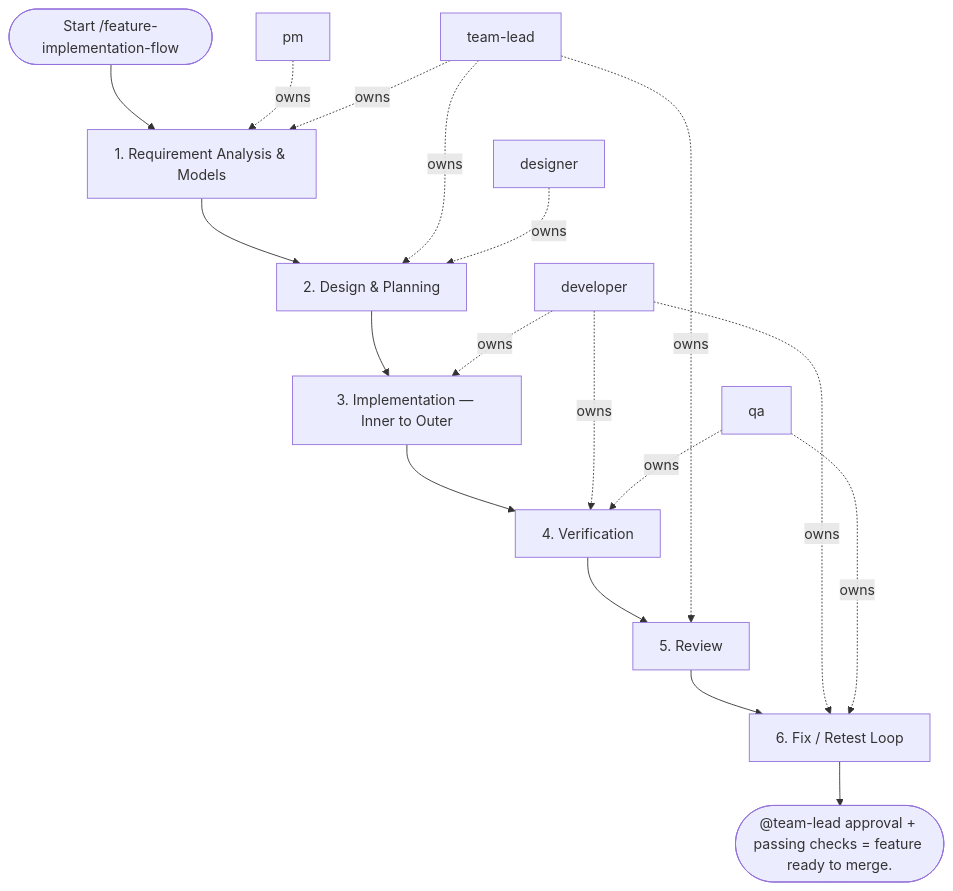
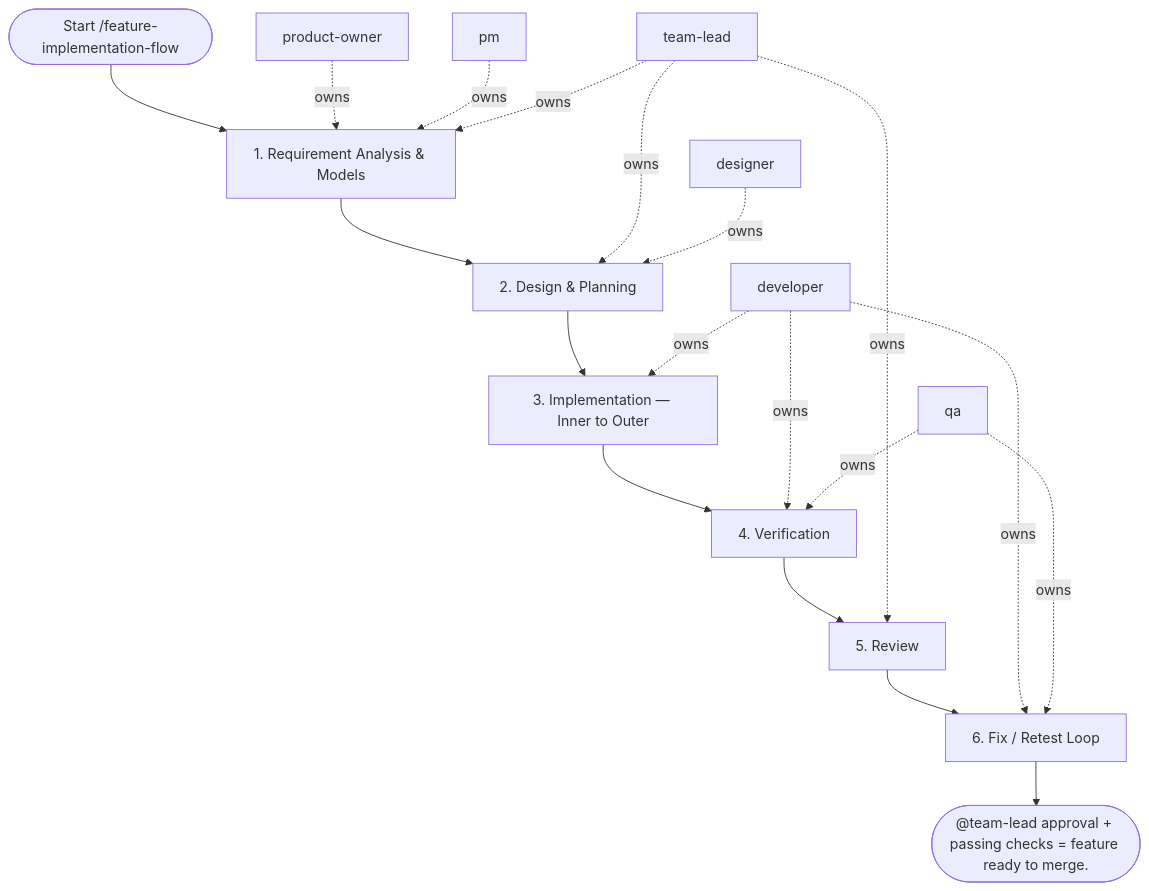
One commit to sawrus/agent-guides changed the diagram in areas/software/full-stack/workflows/feature-implementation-flow.md. Above: the diagram before and after it, drawn with Mermaid. The commit also changed other lines of this file and 76 other files, not shown here.

Commit message:
Standardize workflow product owner initiation

````diff
--- a/areas/software/full-stack/workflows/feature-implementation-flow.md
+++ b/areas/software/full-stack/workflows/feature-implementation-flow.md
@@ -80,33 +80,35 @@
 ```mermaid
 flowchart TD
   start(["Start /feature-implementation-flow"])
-  role_1["pm"]
-  role_2["team-lead"]
-  role_3["designer"]
-  role_4["developer"]
-  role_5["qa"]
+  role_1["product-owner"]
+  role_2["pm"]
+  role_3["team-lead"]
+  role_4["designer"]
+  role_5["developer"]
+  role_6["qa"]
   step_1["1. Requirement Analysis & Models"]
   step_2["2. Design & Planning"]
   step_3["3. Implementation — Inner to Outer"]
   step_4["4. Verification"]
   step_5["5. Review"]
   step_6["6. Fix / Retest Loop"]
   exit(["@team-lead approval + passing checks = feature ready to merge."])
   start --> step_1
   step_1 --> step_2
   step_2 --> step_3
   step_3 --> step_4
   step_4 --> step_5
   step_5 --> step_6
   step_6 --> exit
   role_1 -. owns .-> step_1
   role_2 -. owns .-> step_1
-  role_2 -. owns .-> step_2
+  role_3 -. owns .-> step_1
   role_3 -. owns .-> step_2
-  role_4 -. owns .-> step_3
-  role_4 -. owns .-> step_4
+  role_4 -. owns .-> step_2
+  role_5 -. owns .-> step_3
   role_5 -. owns .-> step_4
-  role_2 -. owns .-> step_5
-  role_4 -. owns .-> step_6
+  role_6 -. owns .-> step_4
+  role_3 -. owns .-> step_5
   role_5 -. owns .-> step_6
+  role_6 -. owns .-> step_6
 ```
````
